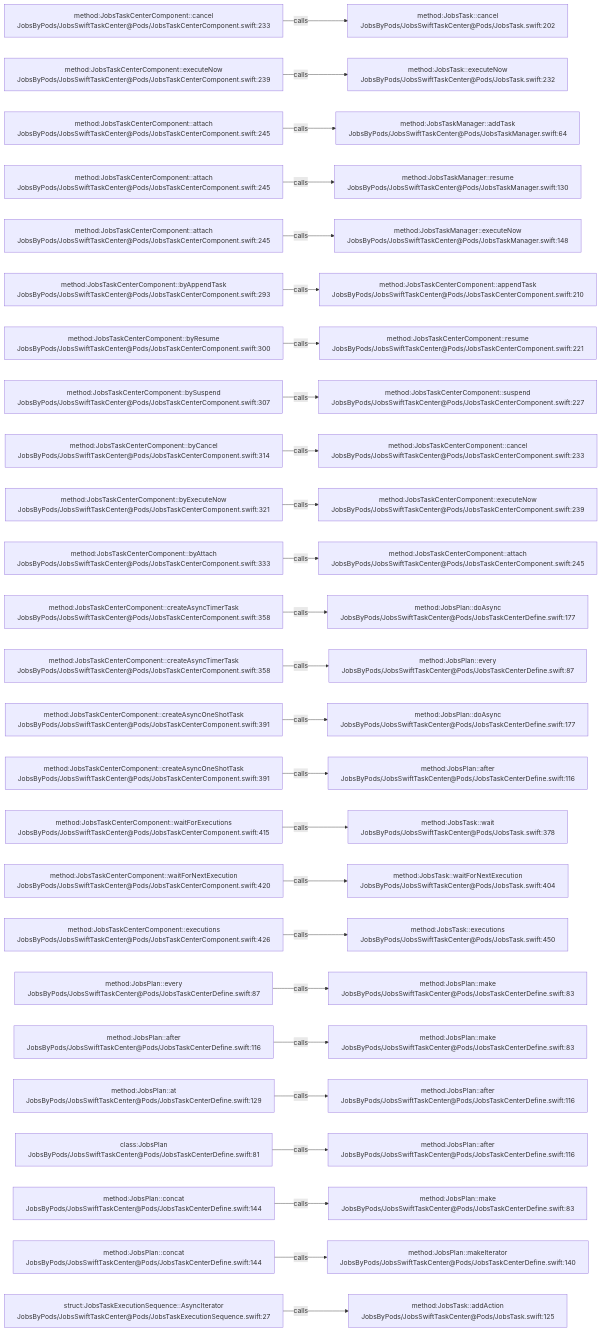
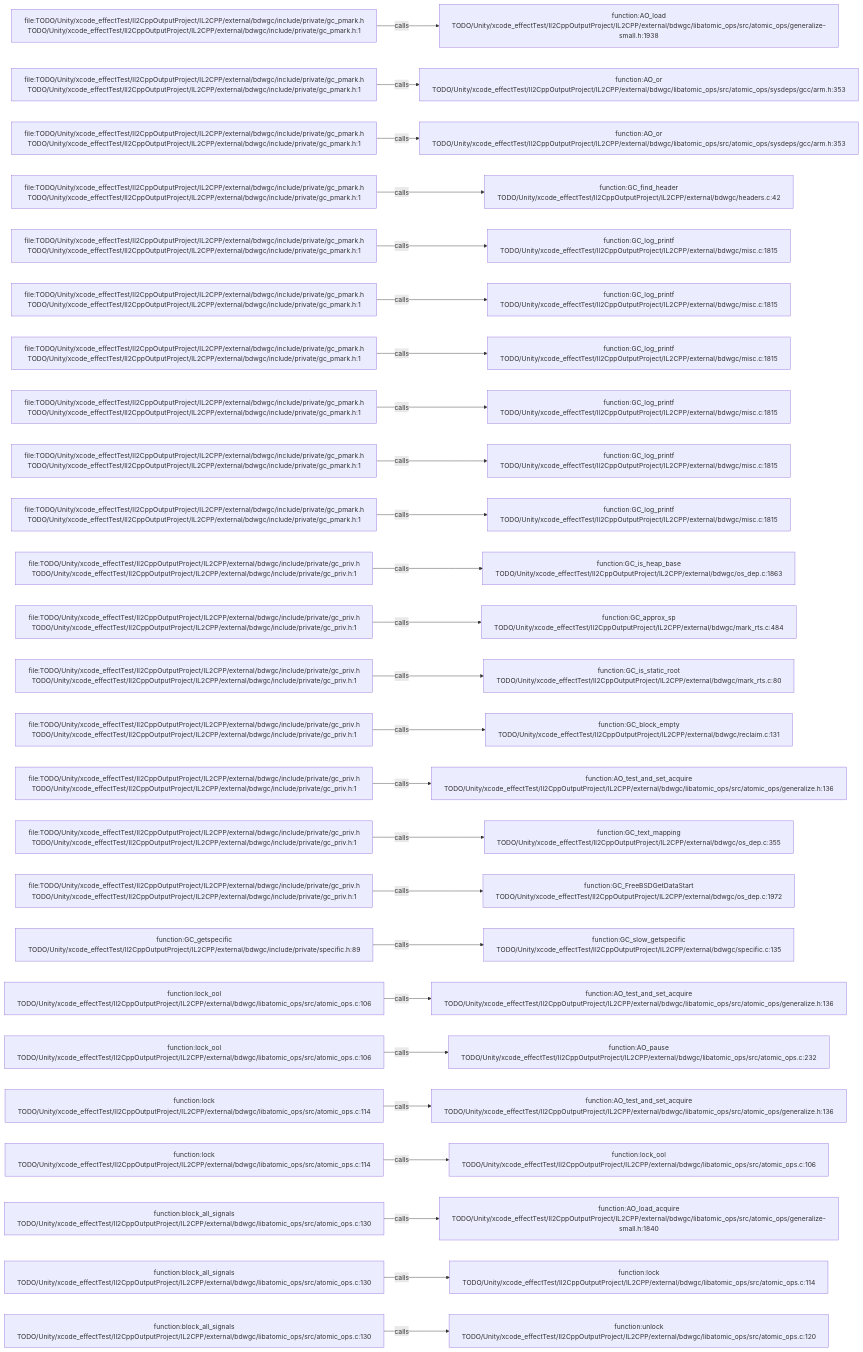
One commit to JobsKits/JobsSwiftBaseConfigDemo changed the diagram in .codegraph/codegraph.md/graphs/calls-183.md. Above: the diagram before and after it, drawn with Mermaid. The commit also changed 569 other files, not shown here.

````diff
--- a/.codegraph/codegraph.md/graphs/calls-183.md
+++ b/.codegraph/codegraph.md/graphs/calls-183.md
@@ -13,78 +13,78 @@
 ```mermaid
 flowchart LR
-  S1["method:JobsTaskCenterComponent::cancel<br/>JobsByPods/JobsSwiftTaskCenter@Pods/JobsTaskCenterComponent.swift:233"]
-  T1["method:JobsTask::cancel<br/>JobsByPods/JobsSwiftTaskCenter@Pods/JobsTask.swift:202"]
+  S1["file:TODO/Unity/xcode_effectTest/Il2CppOutputProject/IL2CPP/external/bdwgc/include/private/gc_pmark.h<br/>TODO/Unity/xcode_effectTest/Il2CppOutputProject/IL2CPP/external/bdwgc/include/private/gc_pmark.h:1"]
+  T1["function:AO_load<br/>TODO/Unity/xcode_effectTest/Il2CppOutputProject/IL2CPP/external/bdwgc/libatomic_ops/src/atomic_ops/generalize-small.h:1938"]
   S1 -->|calls| T1
-  S2["method:JobsTaskCenterComponent::executeNow<br/>JobsByPods/JobsSwiftTaskCenter@Pods/JobsTaskCenterComponent.swift:239"]
-  T2["method:JobsTask::executeNow<br/>JobsByPods/JobsSwiftTaskCenter@Pods/JobsTask.swift:232"]
+  S2["file:TODO/Unity/xcode_effectTest/Il2CppOutputProject/IL2CPP/external/bdwgc/include/private/gc_pmark.h<br/>TODO/Unity/xcode_effectTest/Il2CppOutputProject/IL2CPP/external/bdwgc/include/private/gc_pmark.h:1"]
+  T2["function:AO_or<br/>TODO/Unity/xcode_effectTest/Il2CppOutputProject/IL2CPP/external/bdwgc/libatomic_ops/src/atomic_ops/sysdeps/gcc/arm.h:353"]
   S2 -->|calls| T2
-  S3["method:JobsTaskCenterComponent::attach<br/>JobsByPods/JobsSwiftTaskCenter@Pods/JobsTaskCenterComponent.swift:245"]
-  T3["method:JobsTaskManager::addTask<br/>JobsByPods/JobsSwiftTaskCenter@Pods/JobsTaskManager.swift:64"]
+  S3["file:TODO/Unity/xcode_effectTest/Il2CppOutputProject/IL2CPP/external/bdwgc/include/private/gc_pmark.h<br/>TODO/Unity/xcode_effectTest/Il2CppOutputProject/IL2CPP/external/bdwgc/include/private/gc_pmark.h:1"]
+  T3["function:AO_or<br/>TODO/Unity/xcode_effectTest/Il2CppOutputProject/IL2CPP/external/bdwgc/libatomic_ops/src/atomic_ops/sysdeps/gcc/arm.h:353"]
   S3 -->|calls| T3
-  S4["method:JobsTaskCenterComponent::attach<br/>JobsByPods/JobsSwiftTaskCenter@Pods/JobsTaskCenterComponent.swift:245"]
-  T4["method:JobsTaskManager::resume<br/>JobsByPods/JobsSwiftTaskCenter@Pods/JobsTaskManager.swift:130"]
+  S4["file:TODO/Unity/xcode_effectTest/Il2CppOutputProject/IL2CPP/external/bdwgc/include/private/gc_pmark.h<br/>TODO/Unity/xcode_effectTest/Il2CppOutputProject/IL2CPP/external/bdwgc/include/private/gc_pmark.h:1"]
+  T4["function:GC_find_header<br/>TODO/Unity/xcode_effectTest/Il2CppOutputProject/IL2CPP/external/bdwgc/headers.c:42"]
   S4 -->|calls| T4
-  S5["method:JobsTaskCenterComponent::attach<br/>JobsByPods/JobsSwiftTaskCenter@Pods/JobsTaskCenterComponent.swift:245"]
-  T5["method:JobsTaskManager::executeNow<br/>JobsByPods/JobsSwiftTaskCenter@Pods/JobsTaskManager.swift:148"]
+  S5["file:TODO/Unity/xcode_effectTest/Il2CppOutputProject/IL2CPP/external/bdwgc/include/private/gc_pmark.h<br/>TODO/Unity/xcode_effectTest/Il2CppOutputProject/IL2CPP/external/bdwgc/include/private/gc_pmark.h:1"]
+  T5["function:GC_log_printf<br/>TODO/Unity/xcode_effectTest/Il2CppOutputProject/IL2CPP/external/bdwgc/misc.c:1815"]
   S5 -->|calls| T5
-  S6["method:JobsTaskCenterComponent::byAppendTask<br/>JobsByPods/JobsSwiftTaskCenter@Pods/JobsTaskCenterComponent.swift:293"]
-  T6["method:JobsTaskCenterComponent::appendTask<br/>JobsByPods/JobsSwiftTaskCenter@Pods/JobsTaskCenterComponent.swift:210"]
+  S6["file:TODO/Unity/xcode_effectTest/Il2CppOutputProject/IL2CPP/external/bdwgc/include/private/gc_pmark.h<br/>TODO/Unity/xcode_effectTest/Il2CppOutputProject/IL2CPP/external/bdwgc/include/private/gc_pmark.h:1"]
+  T6["function:GC_log_printf<br/>TODO/Unity/xcode_effectTest/Il2CppOutputProject/IL2CPP/external/bdwgc/misc.c:1815"]
   S6 -->|calls| T6
-  S7["method:JobsTaskCenterComponent::byResume<br/>JobsByPods/JobsSwiftTaskCenter@Pods/JobsTaskCenterComponent.swift:300"]
-  T7["method:JobsTaskCenterComponent::resume<br/>JobsByPods/JobsSwiftTaskCenter@Pods/JobsTaskCenterComponent.swift:221"]
+  S7["file:TODO/Unity/xcode_effectTest/Il2CppOutputProject/IL2CPP/external/bdwgc/include/private/gc_pmark.h<br/>TODO/Unity/xcode_effectTest/Il2CppOutputProject/IL2CPP/external/bdwgc/include/private/gc_pmark.h:1"]
+  T7["function:GC_log_printf<br/>TODO/Unity/xcode_effectTest/Il2CppOutputProject/IL2CPP/external/bdwgc/misc.c:1815"]
   S7 -->|calls| T7
-  S8["method:JobsTaskCenterComponent::bySuspend<br/>JobsByPods/JobsSwiftTaskCenter@Pods/JobsTaskCenterComponent.swift:307"]
-  T8["method:JobsTaskCenterComponent::suspend<br/>JobsByPods/JobsSwiftTaskCenter@Pods/JobsTaskCenterComponent.swift:227"]
+  S8["file:TODO/Unity/xcode_effectTest/Il2CppOutputProject/IL2CPP/external/bdwgc/include/private/gc_pmark.h<br/>TODO/Unity/xcode_effectTest/Il2CppOutputProject/IL2CPP/external/bdwgc/include/private/gc_pmark.h:1"]
+  T8["function:GC_log_printf<br/>TODO/Unity/xcode_effectTest/Il2CppOutputProject/IL2CPP/external/bdwgc/misc.c:1815"]
   S8 -->|calls| T8
-  S9["method:JobsTaskCenterComponent::byCancel<br/>JobsByPods/JobsSwiftTaskCenter@Pods/JobsTaskCenterComponent.swift:314"]
-  T9["method:JobsTaskCenterComponent::cancel<br/>JobsByPods/JobsSwiftTaskCenter@Pods/JobsTaskCenterComponent.swift:233"]
+  S9["file:TODO/Unity/xcode_effectTest/Il2CppOutputProject/IL2CPP/external/bdwgc/include/private/gc_pmark.h<br/>TODO/Unity/xcode_effectTest/Il2CppOutputProject/IL2CPP/external/bdwgc/include/private/gc_pmark.h:1"]
+  T9["function:GC_log_printf<br/>TODO/Unity/xcode_effectTest/Il2CppOutputProject/IL2CPP/external/bdwgc/misc.c:1815"]
   S9 -->|calls| T9
-  S10["method:JobsTaskCenterComponent::byExecuteNow<br/>JobsByPods/JobsSwiftTaskCenter@Pods/JobsTaskCenterComponent.swift:321"]
-  T10["method:JobsTaskCenterComponent::executeNow<br/>JobsByPods/JobsSwiftTaskCenter@Pods/JobsTaskCenterComponent.swift:239"]
+  S10["file:TODO/Unity/xcode_effectTest/Il2CppOutputProject/IL2CPP/external/bdwgc/include/private/gc_pmark.h<br/>TODO/Unity/xcode_effectTest/Il2CppOutputProject/IL2CPP/external/bdwgc/include/private/gc_pmark.h:1"]
+  T10["function:GC_log_printf<br/>TODO/Unity/xcode_effectTest/Il2CppOutputProject/IL2CPP/external/bdwgc/misc.c:1815"]
   S10 -->|calls| T10
-  S11["method:JobsTaskCenterComponent::byAttach<br/>JobsByPods/JobsSwiftTaskCenter@Pods/JobsTaskCenterComponent.swift:333"]
-  T11["method:JobsTaskCenterComponent::attach<br/>JobsByPods/JobsSwiftTaskCenter@Pods/JobsTaskCenterComponent.swift:245"]
+  S11["file:TODO/Unity/xcode_effectTest/Il2CppOutputProject/IL2CPP/external/bdwgc/include/private/gc_priv.h<br/>TODO/Unity/xcode_effectTest/Il2CppOutputProject/IL2CPP/external/bdwgc/include/private/gc_priv.h:1"]
+  T11["function:GC_is_heap_base<br/>TODO/Unity/xcode_effectTest/Il2CppOutputProject/IL2CPP/external/bdwgc/os_dep.c:1863"]
   S11 -->|calls| T11
-  S12["method:JobsTaskCenterComponent::createAsyncTimerTask<br/>JobsByPods/JobsSwiftTaskCenter@Pods/JobsTaskCenterComponent.swift:358"]
-  T12["method:JobsPlan::doAsync<br/>JobsByPods/JobsSwiftTaskCenter@Pods/JobsTaskCenterDefine.swift:177"]
+  S12["file:TODO/Unity/xcode_effectTest/Il2CppOutputProject/IL2CPP/external/bdwgc/include/private/gc_priv.h<br/>TODO/Unity/xcode_effectTest/Il2CppOutputProject/IL2CPP/external/bdwgc/include/private/gc_priv.h:1"]
+  T12["function:GC_approx_sp<br/>TODO/Unity/xcode_effectTest/Il2CppOutputProject/IL2CPP/external/bdwgc/mark_rts.c:484"]
   S12 -->|calls| T12
-  S13["method:JobsTaskCenterComponent::createAsyncTimerTask<br/>JobsByPods/JobsSwiftTaskCenter@Pods/JobsTaskCenterComponent.swift:358"]
-  T13["method:JobsPlan::every<br/>JobsByPods/JobsSwiftTaskCenter@Pods/JobsTaskCenterDefine.swift:87"]
+  S13["file:TODO/Unity/xcode_effectTest/Il2CppOutputProject/IL2CPP/external/bdwgc/include/private/gc_priv.h<br/>TODO/Unity/xcode_effectTest/Il2CppOutputProject/IL2CPP/external/bdwgc/include/private/gc_priv.h:1"]
+  T13["function:GC_is_static_root<br/>TODO/Unity/xcode_effectTest/Il2CppOutputProject/IL2CPP/external/bdwgc/mark_rts.c:80"]
   S13 -->|calls| T13
-  S14["method:JobsTaskCenterComponent::createAsyncOneShotTask<br/>JobsByPods/JobsSwiftTaskCenter@Pods/JobsTaskCenterComponent.swift:391"]
-  T14["method:JobsPlan::doAsync<br/>JobsByPods/JobsSwiftTaskCenter@Pods/JobsTaskCenterDefine.swift:177"]
+  S14["file:TODO/Unity/xcode_effectTest/Il2CppOutputProject/IL2CPP/external/bdwgc/include/private/gc_priv.h<br/>TODO/Unity/xcode_effectTest/Il2CppOutputProject/IL2CPP/external/bdwgc/include/private/gc_priv.h:1"]
+  T14["function:GC_block_empty<br/>TODO/Unity/xcode_effectTest/Il2CppOutputProject/IL2CPP/external/bdwgc/reclaim.c:131"]
   S14 -->|calls| T14
-  S15["method:JobsTaskCenterComponent::createAsyncOneShotTask<br/>JobsByPods/JobsSwiftTaskCenter@Pods/JobsTaskCenterComponent.swift:391"]
-  T15["method:JobsPlan::after<br/>JobsByPods/JobsSwiftTaskCenter@Pods/JobsTaskCenterDefine.swift:116"]
+  S15["file:TODO/Unity/xcode_effectTest/Il2CppOutputProject/IL2CPP/external/bdwgc/include/private/gc_priv.h<br/>TODO/Unity/xcode_effectTest/Il2CppOutputProject/IL2CPP/external/bdwgc/include/private/gc_priv.h:1"]
+  T15["function:AO_test_and_set_acquire<br/>TODO/Unity/xcode_effectTest/Il2CppOutputProject/IL2CPP/external/bdwgc/libatomic_ops/src/atomic_ops/generalize.h:136"]
   S15 -->|calls| T15
-  S16["method:JobsTaskCenterComponent::waitForExecutions<br/>JobsByPods/JobsSwiftTaskCenter@Pods/JobsTaskCenterComponent.swift:415"]
-  T16["method:JobsTask::wait<br/>JobsByPods/JobsSwiftTaskCenter@Pods/JobsTask.swift:378"]
+  S16["file:TODO/Unity/xcode_effectTest/Il2CppOutputProject/IL2CPP/external/bdwgc/include/private/gc_priv.h<br/>TODO/Unity/xcode_effectTest/Il2CppOutputProject/IL2CPP/external/bdwgc/include/private/gc_priv.h:1"]
+  T16["function:GC_text_mapping<br/>TODO/Unity/xcode_effectTest/Il2CppOutputProject/IL2CPP/external/bdwgc/os_dep.c:355"]
   S16 -->|calls| T16
-  S17["method:JobsTaskCenterComponent::waitForNextExecution<br/>JobsByPods/JobsSwiftTaskCenter@Pods/JobsTaskCenterComponent.swift:420"]
-  T17["method:JobsTask::waitForNextExecution<br/>JobsByPods/JobsSwiftTaskCenter@Pods/JobsTask.swift:404"]
+  S17["file:TODO/Unity/xcode_effectTest/Il2CppOutputProject/IL2CPP/external/bdwgc/include/private/gc_priv.h<br/>TODO/Unity/xcode_effectTest/Il2CppOutputProject/IL2CPP/external/bdwgc/include/private/gc_priv.h:1"]
+  T17["function:GC_FreeBSDGetDataStart<br/>TODO/Unity/xcode_effectTest/Il2CppOutputProject/IL2CPP/external/bdwgc/os_dep.c:1972"]
   S17 -->|calls| T17
-  S18["method:JobsTaskCenterComponent::executions<br/>JobsByPods/JobsSwiftTaskCenter@Pods/JobsTaskCenterComponent.swift:426"]
-  T18["method:JobsTask::executions<br/>JobsByPods/JobsSwiftTaskCenter@Pods/JobsTask.swift:450"]
+  S18["function:GC_getspecific<br/>TODO/Unity/xcode_effectTest/Il2CppOutputProject/IL2CPP/external/bdwgc/include/private/specific.h:89"]
+  T18["function:GC_slow_getspecific<br/>TODO/Unity/xcode_effectTest/Il2CppOutputProject/IL2CPP/external/bdwgc/specific.c:135"]
   S18 -->|calls| T18
-  S19["method:JobsPlan::every<br/>JobsByPods/JobsSwiftTaskCenter@Pods/JobsTaskCenterDefine.swift:87"]
-  T19["method:JobsPlan::make<br/>JobsByPods/JobsSwiftTaskCenter@Pods/JobsTaskCenterDefine.swift:83"]
+  S19["function:lock_ool<br/>TODO/Unity/xcode_effectTest/Il2CppOutputProject/IL2CPP/external/bdwgc/libatomic_ops/src/atomic_ops.c:106"]
+  T19["function:AO_test_and_set_acquire<br/>TODO/Unity/xcode_effectTest/Il2CppOutputProject/IL2CPP/external/bdwgc/libatomic_ops/src/atomic_ops/generalize.h:136"]
   S19 -->|calls| T19
-  S20["method:JobsPlan::after<br/>JobsByPods/JobsSwiftTaskCenter@Pods/JobsTaskCenterDefine.swift:116"]
-  T20["method:JobsPlan::make<br/>JobsByPods/JobsSwiftTaskCenter@Pods/JobsTaskCenterDefine.swift:83"]
+  S20["function:lock_ool<br/>TODO/Unity/xcode_effectTest/Il2CppOutputProject/IL2CPP/external/bdwgc/libatomic_ops/src/atomic_ops.c:106"]
+  T20["function:AO_pause<br/>TODO/Unity/xcode_effectTest/Il2CppOutputProject/IL2CPP/external/bdwgc/libatomic_ops/src/atomic_ops.c:232"]
   S20 -->|calls| T20
-  S21["method:JobsPlan::at<br/>JobsByPods/JobsSwiftTaskCenter@Pods/JobsTaskCenterDefine.swift:129"]
-  T21["method:JobsPlan::after<br/>JobsByPods/JobsSwiftTaskCenter@Pods/JobsTaskCenterDefine.swift:116"]
+  S21["function:lock<br/>TODO/Unity/xcode_effectTest/Il2CppOutputProject/IL2CPP/external/bdwgc/libatomic_ops/src/atomic_ops.c:114"]
+  T21["function:AO_test_and_set_acquire<br/>TODO/Unity/xcode_effectTest/Il2CppOutputProject/IL2CPP/external/bdwgc/libatomic_ops/src/atomic_ops/generalize.h:136"]
   S21 -->|calls| T21
-  S22["class:JobsPlan<br/>JobsByPods/JobsSwiftTaskCenter@Pods/JobsTaskCenterDefine.swift:81"]
-  T22["method:JobsPlan::after<br/>JobsByPods/JobsSwiftTaskCenter@Pods/JobsTaskCenterDefine.swift:116"]
+  S22["function:lock<br/>TODO/Unity/xcode_effectTest/Il2CppOutputProject/IL2CPP/external/bdwgc/libatomic_ops/src/atomic_ops.c:114"]
+  T22["function:lock_ool<br/>TODO/Unity/xcode_effectTest/Il2CppOutputProject/IL2CPP/external/bdwgc/libatomic_ops/src/atomic_ops.c:106"]
   S22 -->|calls| T22
-  S23["method:JobsPlan::concat<br/>JobsByPods/JobsSwiftTaskCenter@Pods/JobsTaskCenterDefine.swift:144"]
-  T23["method:JobsPlan::make<br/>JobsByPods/JobsSwiftTaskCenter@Pods/JobsTaskCenterDefine.swift:83"]
+  S23["function:block_all_signals<br/>TODO/Unity/xcode_effectTest/Il2CppOutputProject/IL2CPP/external/bdwgc/libatomic_ops/src/atomic_ops.c:130"]
+  T23["function:AO_load_acquire<br/>TODO/Unity/xcode_effectTest/Il2CppOutputProject/IL2CPP/external/bdwgc/libatomic_ops/src/atomic_ops/generalize-small.h:1840"]
   S23 -->|calls| T23
-  S24["method:JobsPlan::concat<br/>JobsByPods/JobsSwiftTaskCenter@Pods/JobsTaskCenterDefine.swift:144"]
-  T24["method:JobsPlan::makeIterator<br/>JobsByPods/JobsSwiftTaskCenter@Pods/JobsTaskCenterDefine.swift:140"]
+  S24["function:block_all_signals<br/>TODO/Unity/xcode_effectTest/Il2CppOutputProject/IL2CPP/external/bdwgc/libatomic_ops/src/atomic_ops.c:130"]
+  T24["function:lock<br/>TODO/Unity/xcode_effectTest/Il2CppOutputProject/IL2CPP/external/bdwgc/libatomic_ops/src/atomic_ops.c:114"]
   S24 -->|calls| T24
-  S25["struct:JobsTaskExecutionSequence::AsyncIterator<br/>JobsByPods/JobsSwiftTaskCenter@Pods/JobsTaskExecutionSequence.swift:27"]
-  T25["method:JobsTask::addAction<br/>JobsByPods/JobsSwiftTaskCenter@Pods/JobsTask.swift:125"]
+  S25["function:block_all_signals<br/>TODO/Unity/xcode_effectTest/Il2CppOutputProject/IL2CPP/external/bdwgc/libatomic_ops/src/atomic_ops.c:130"]
+  T25["function:unlock<br/>TODO/Unity/xcode_effectTest/Il2CppOutputProject/IL2CPP/external/bdwgc/libatomic_ops/src/atomic_ops.c:120"]
   S25 -->|calls| T25
 ```
````
